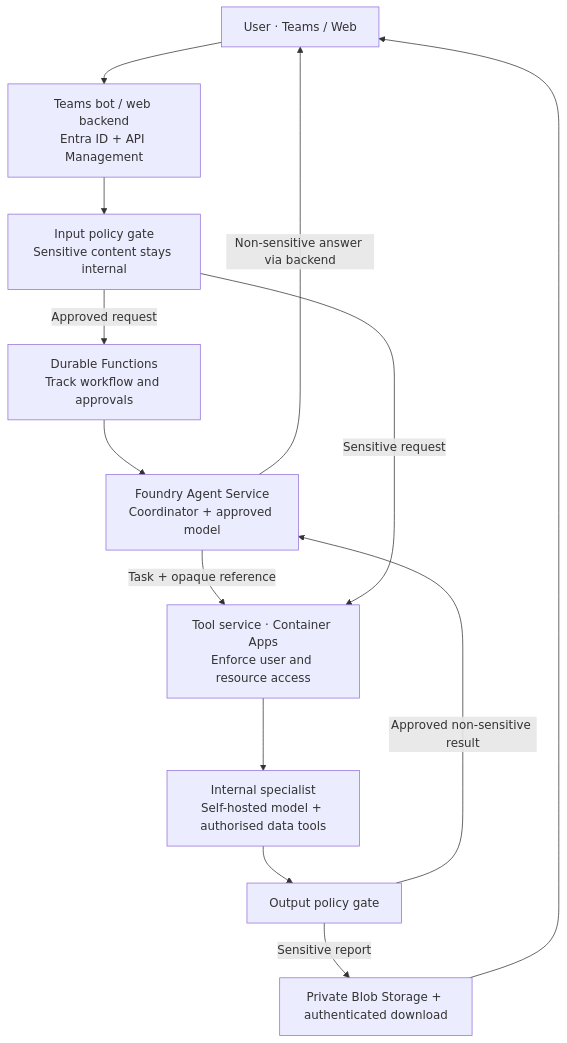
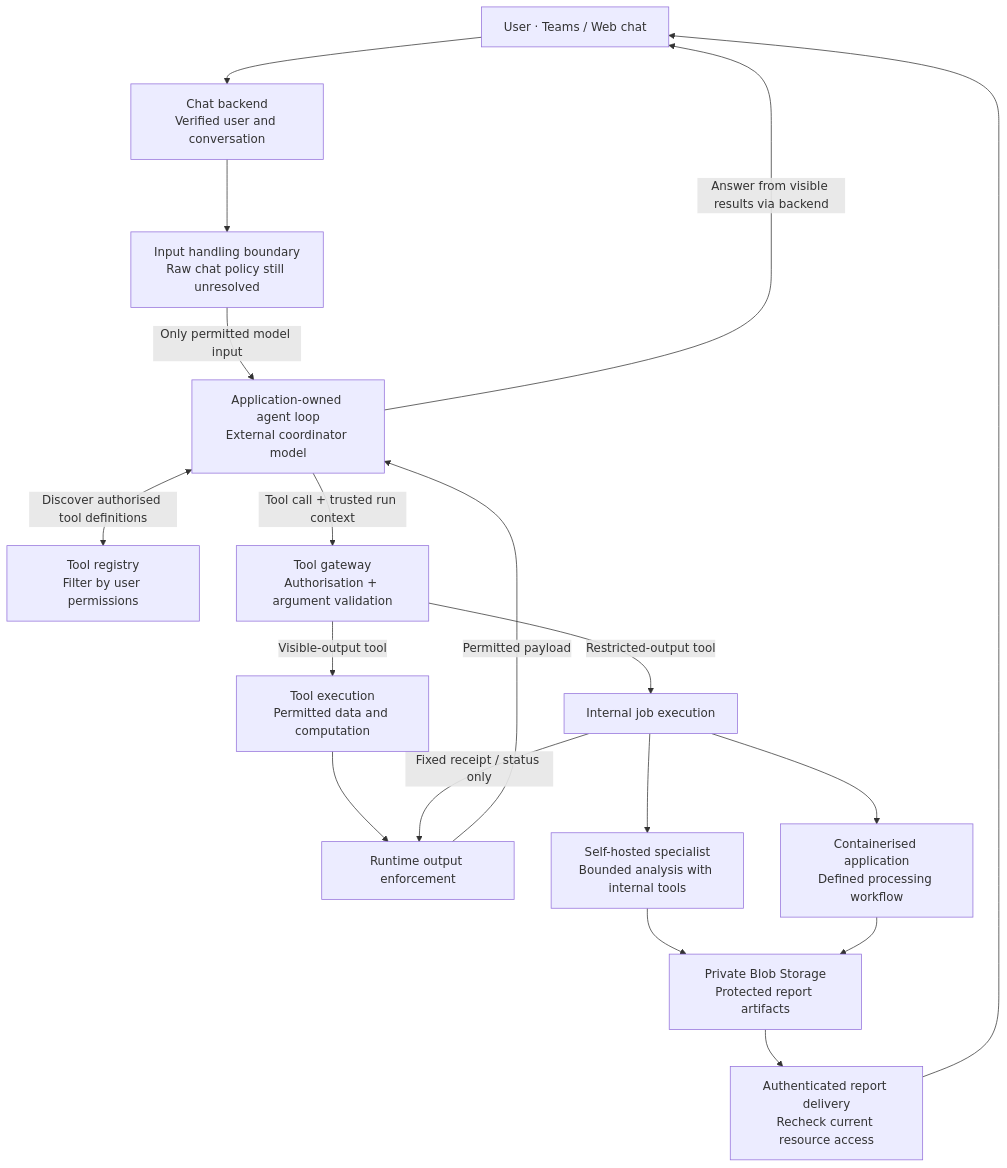
One commit to bout3fiddy/bankeriq-agent-platform changed the diagram in ARCHITECTURE.md. Above: the diagram before and after it, drawn with Mermaid. The commit also changed other lines of this file and 1 other file, not shown here.

Commit message:
Document permission-based discovery and restricted tool outputs

````diff
--- a/ARCHITECTURE.md
+++ b/ARCHITECTURE.md
@@ -7,15 +24,20 @@
 ```mermaid
 flowchart TD
-    U["User · Teams / Web"] --> A["Teams bot / web backend<br/>Entra ID + API Management"]
-    A --> I["Input policy gate<br/>Sensitive content stays internal"]
-    I -->|"Approved request"| W["Durable Functions<br/>Track workflow and approvals"]
-    W --> F["Foundry Agent Service<br/>Coordinator + approved model"]
-    F -->|"Task + opaque reference"| T["Tool service · Container Apps<br/>Enforce user and resource access"]
-    I -->|"Sensitive request"| T
-    T --> S["Internal specialist<br/>Self-hosted model + authorised data tools"]
-    S --> O["Output policy gate"]
-    O -->|"Approved non-sensitive result"| F
-    O -->|"Sensitive report"| R["Private Blob Storage + authenticated download"]
-    R --> U
-    F -->|"Non-sensitive answer via backend"| U
+    U["User · Teams / Web chat"] --> A["Chat backend<br/>Verified user and conversation"]
+    A --> I["Input handling boundary<br/>Raw chat policy still unresolved"]
+    I -->|"Only permitted model input"| C["Application-owned agent loop<br/>External coordinator model"]
+    C <-->|"Discover authorised tool definitions"| D["Tool registry<br/>Filter by user permissions"]
+    C -->|"Tool call + trusted run context"| G["Tool gateway<br/>Authorisation + argument validation"]
+    G -->|"Visible-output tool"| V["Tool execution<br/>Permitted data and computation"]
+    V --> O["Runtime output enforcement"]
+    O -->|"Permitted payload"| C
+    G -->|"Restricted-output tool"| J["Internal job execution"]
+    J --> S["Self-hosted specialist<br/>Bounded analysis with internal tools"]
+    J --> K["Containerised application<br/>Defined processing workflow"]
+    S --> R["Private Blob Storage<br/>Protected report artifacts"]
+    K --> R
+    J -->|"Fixed receipt / status only"| O
+    R --> B["Authenticated report delivery<br/>Recheck current resource access"]
+    B --> U
+    C -->|"Answer from visible results via backend"| U
 ```
````
